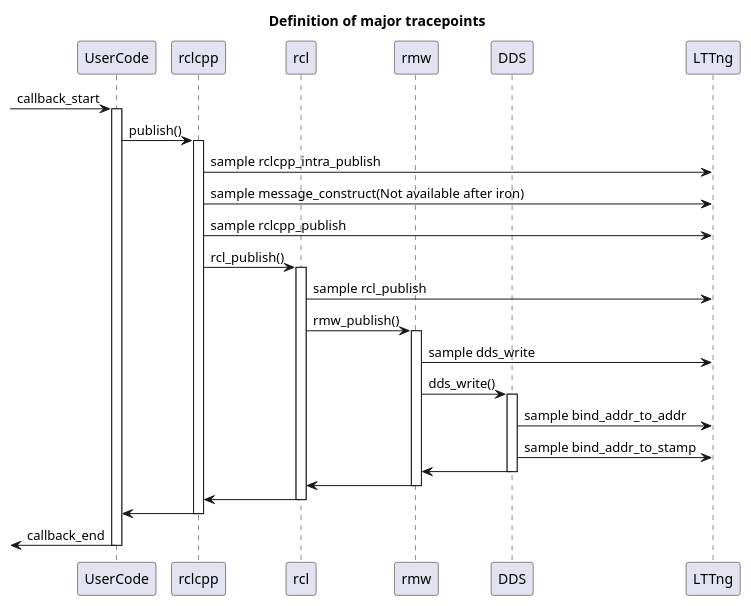
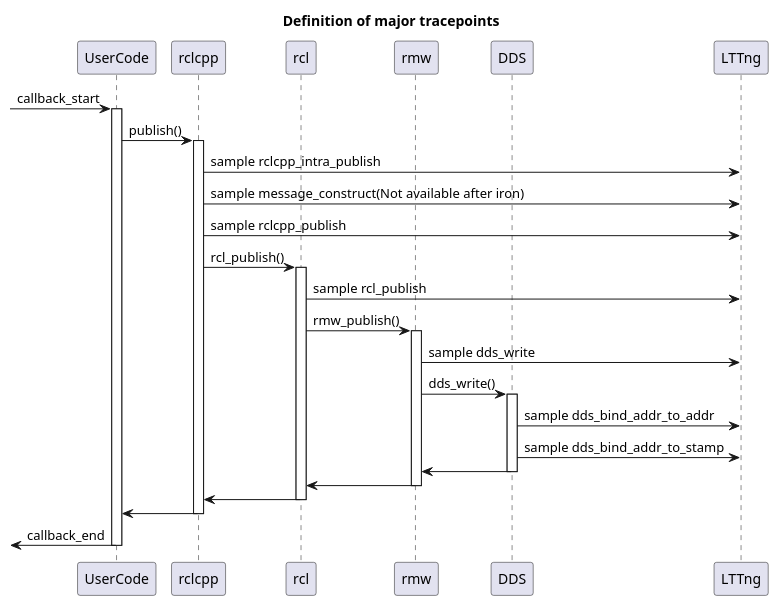
One commit to tier4/caret_doc changed the diagram in docs/design/event_and_latency_definitions/publisher.md. Above: the diagram before and after it, drawn with PlantUML. The commit also changed other lines of this file and 2 other files, not shown here.

````diff
--- a/docs/design/event_and_latency_definitions/publisher.md
+++ b/docs/design/event_and_latency_definitions/publisher.md
@@ -7,51 +7,51 @@
 ```plantuml
 @startuml
 title: Definition of major tracepoints
 
 participant UserCode
 participant rclcpp
 participant rcl
 participant rmw
 participant DDS
 participant LTTng
 
 -> UserCode : callback_start
 activate UserCode
 UserCode -> rclcpp: publish()
 activate rclcpp
 
 rclcpp -> LTTng: sample rclcpp_intra_publish
 rclcpp -> LTTng: sample message_construct(Not available after iron)
 rclcpp -> LTTng: sample rclcpp_publish
 
 rclcpp -> rcl: rcl_publish()
 activate rcl
 
 rcl -> LTTng: sample rcl_publish
 
 rcl -> rmw: rmw_publish()
 activate rmw
 
 rmw -> LTTng: sample dds_write
 
 rmw -> DDS: dds_write()
 activate DDS
-DDS -> LTTng: sample bind_addr_to_addr
-DDS -> LTTng: sample bind_addr_to_stamp
+DDS -> LTTng: sample dds_bind_addr_to_addr
+DDS -> LTTng: sample dds_bind_addr_to_stamp
 
 DDS -> rmw
 deactivate DDS
 
 rmw -> rcl
 deactivate rmw
 
 rcl -> rclcpp
 deactivate rcl
 
 rclcpp -> UserCode
 deactivate rclcpp
 
 <- UserCode : callback_end
 deactivate UserCode
 @enduml
 ```
````
